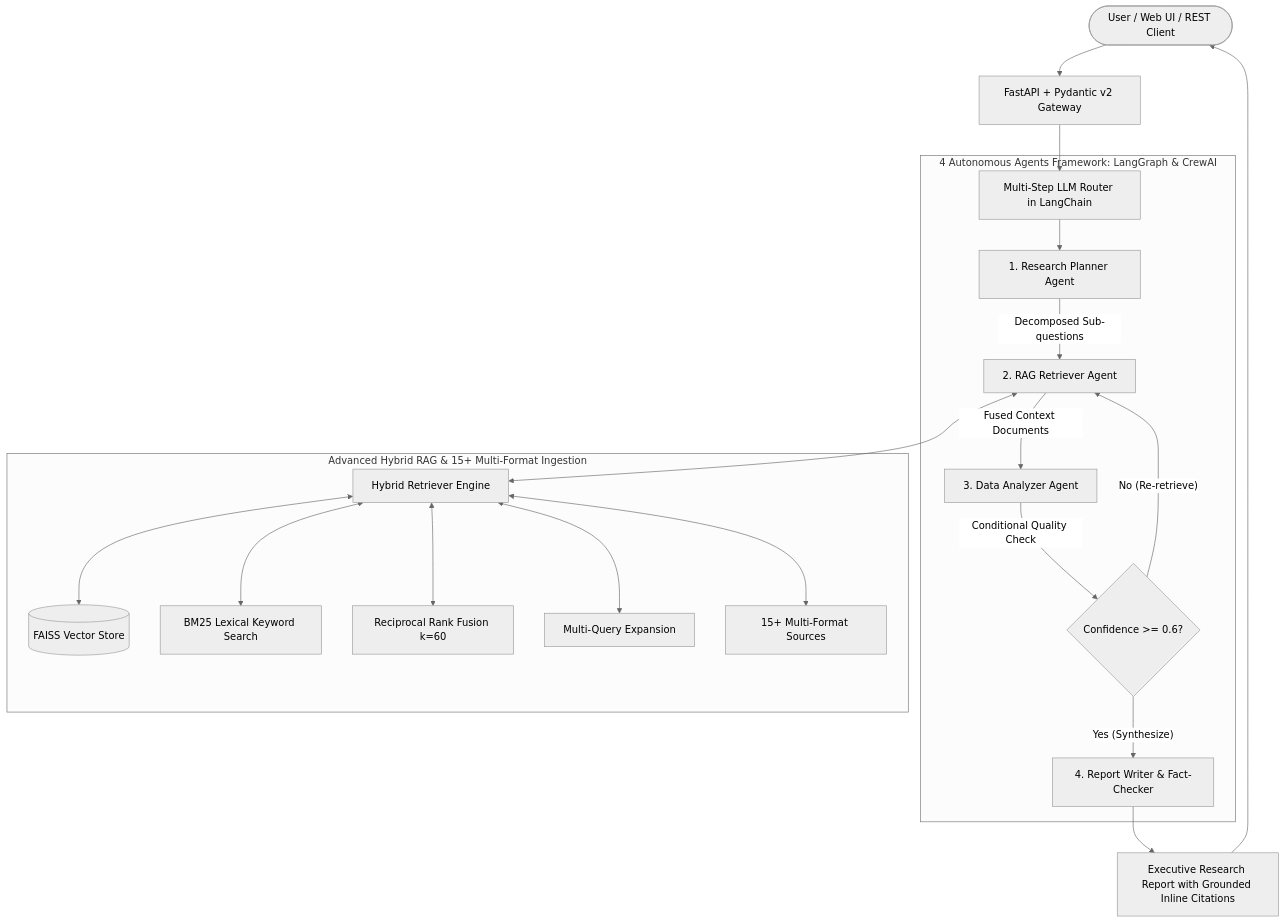
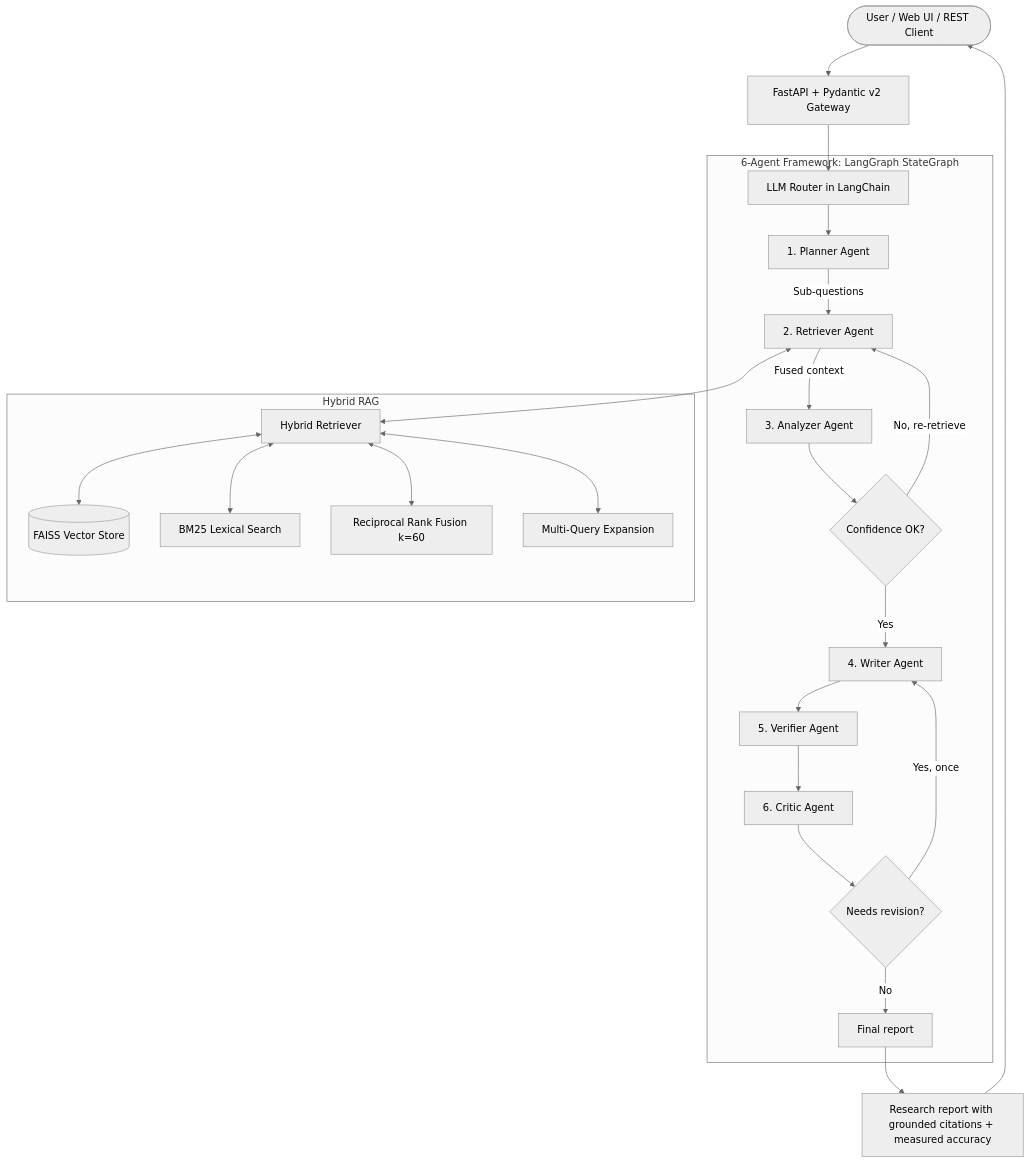
Before and after one commit to smit45-m/multi-agent-research-assistant: the diagram in README.md, drawn with Mermaid (neutral theme). The commit also changed other lines of this file and 72 other files, not shown here.

First line of the commit message:
fix: measured benchmarks, 6-agent pipeline, offline corpus, zero lint/type errors

````diff
--- a/README.md
+++ b/README.md
@@ -55,26 +78,30 @@
 ```mermaid
 graph TD
     User([User / Web UI / REST Client]) --> API[FastAPI + Pydantic v2 Gateway]
-    API --> Router[Multi-Step LLM Router in LangChain]
-    
-    subgraph MultiAgent [4 Autonomous Agents Framework: LangGraph & CrewAI]
-        Router --> Agent1[1. Research Planner Agent]
-        Agent1 -->|Decomposed Sub-questions| Agent2[2. RAG Retriever Agent]
-        Agent2 -->|Fused Context Documents| Agent3[3. Data Analyzer Agent]
-        Agent3 -->|Conditional Quality Check| EvalEdge{Confidence >= 0.6?}
-        EvalEdge -- No (Re-retrieve) --> Agent2
-        EvalEdge -- Yes (Synthesize) --> Agent4[4. Report Writer & Fact-Checker]
+    API --> Router[LLM Router in LangChain]
+
+    subgraph MultiAgent [6-Agent Framework: LangGraph StateGraph]
+        Router --> Agent1[1. Planner Agent]
+        Agent1 -->|Sub-questions| Agent2[2. Retriever Agent]
+        Agent2 -->|Fused context| Agent3[3. Analyzer Agent]
+        Agent3 --> ConfEdge{Confidence OK?}
+        ConfEdge -- No, re-retrieve --> Agent2
+        ConfEdge -- Yes --> Agent4[4. Writer Agent]
+        Agent4 --> Agent5[5. Verifier Agent]
+        Agent5 --> Agent6[6. Critic Agent]
+        Agent6 --> RevEdge{Needs revision?}
+        RevEdge -- Yes, once --> Agent4
+        RevEdge -- No --> Done[Final report]
     end
 
-    subgraph RAGPipeline [Advanced Hybrid RAG & 15+ Multi-Format Ingestion]
-        Agent2 <--> Hybrid[Hybrid Retriever Engine]
+    subgraph RAGPipeline [Hybrid RAG]
+        Agent2 <--> Hybrid[Hybrid Retriever]
         Hybrid <--> Dense[(FAISS Vector Store)]
-        Hybrid <--> Sparse[BM25 Lexical Keyword Search]
+        Hybrid <--> Sparse[BM25 Lexical Search]
         Hybrid <--> RRF[Reciprocal Rank Fusion k=60]
         Hybrid <--> MultiQ[Multi-Query Expansion]
-        Hybrid <--> Sources[15+ Multi-Format Sources]
     end
 
-    Agent4 --> Report[Executive Research Report with Grounded Inline Citations]
+    Done --> Report[Research report with grounded citations + measured accuracy]
     Report --> User
 ```
````
